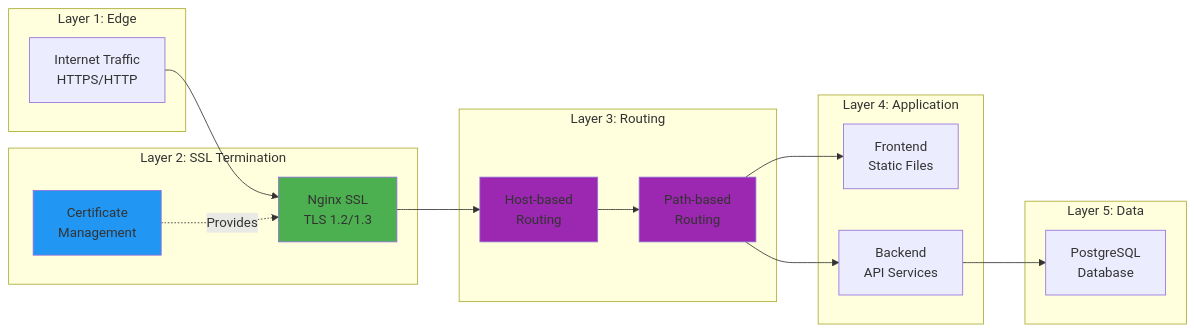
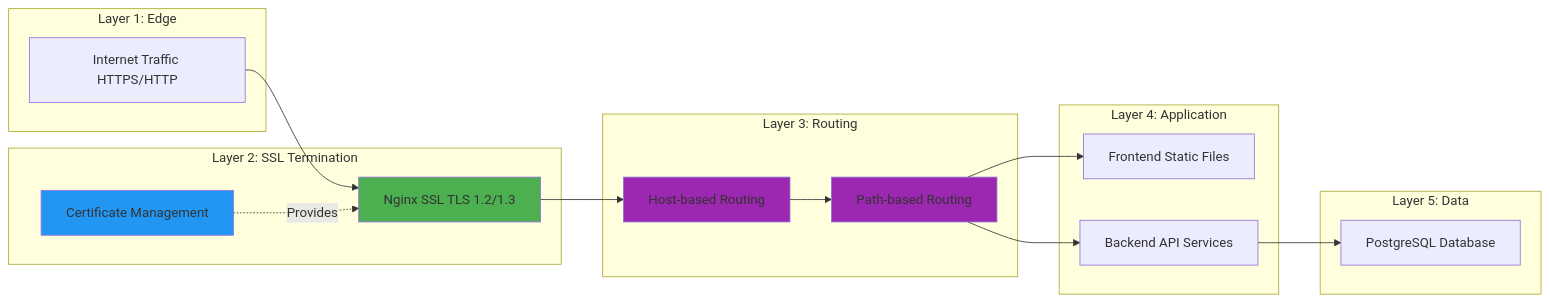
The second of 10 diagrams in wiki/Architecture.md (softwarewrighter/ssl-proxy-for-do), drawn with Mermaid before and after one commit. The commit also changed other lines of this file and 7 other files, not shown here.

First line of the commit message:
Fix wiki Mermaid diagrams: remove remaining <br/> tags

````diff
--- a/wiki/Architecture.md
+++ b/wiki/Architecture.md
@@ -88,38 +88,38 @@
 ```mermaid
 graph LR
     subgraph "Layer 1: Edge"
-        L1[Internet Traffic<br/>HTTPS/HTTP]
+        L1[Internet Traffic HTTPS/HTTP]
     end
 
     subgraph "Layer 2: SSL Termination"
-        L2A[Nginx SSL<br/>TLS 1.2/1.3]
-        L2B[Certificate<br/>Management]
+        L2A[Nginx SSL TLS 1.2/1.3]
+        L2B[Certificate Management]
     end
 
     subgraph "Layer 3: Routing"
-        L3A[Host-based<br/>Routing]
-        L3B[Path-based<br/>Routing]
+        L3A[Host-based Routing]
+        L3B[Path-based Routing]
     end
 
     subgraph "Layer 4: Application"
-        L4A[Frontend<br/>Static Files]
-        L4B[Backend<br/>API Services]
+        L4A[Frontend Static Files]
+        L4B[Backend API Services]
     end
 
     subgraph "Layer 5: Data"
-        L5[PostgreSQL<br/>Database]
+        L5[PostgreSQL Database]
     end
 
     L1 --> L2A
     L2B -.Provides.-> L2A
     L2A --> L3A
     L3A --> L3B
     L3B --> L4A
     L3B --> L4B
     L4B --> L5
 
     style L2A fill:#4CAF50
     style L2B fill:#2196F3
     style L3A fill:#9C27B0
     style L3B fill:#9C27B0
 ```
````
